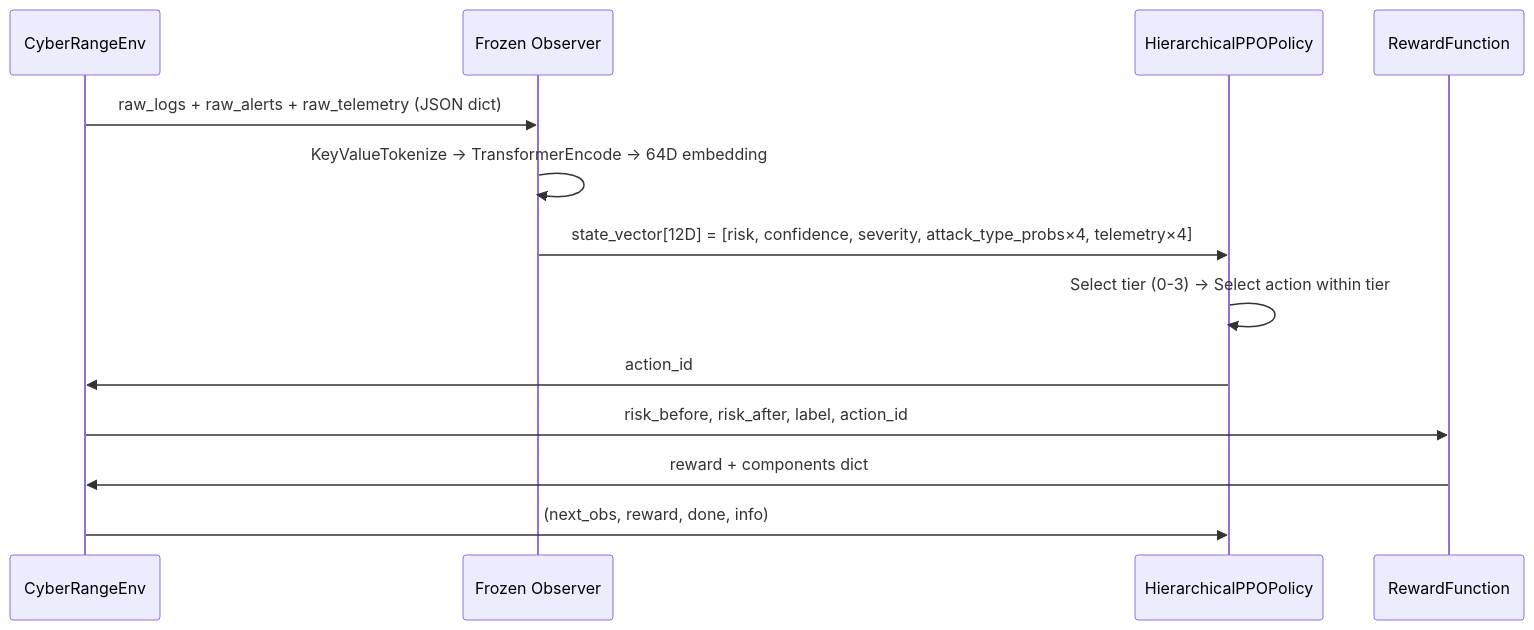
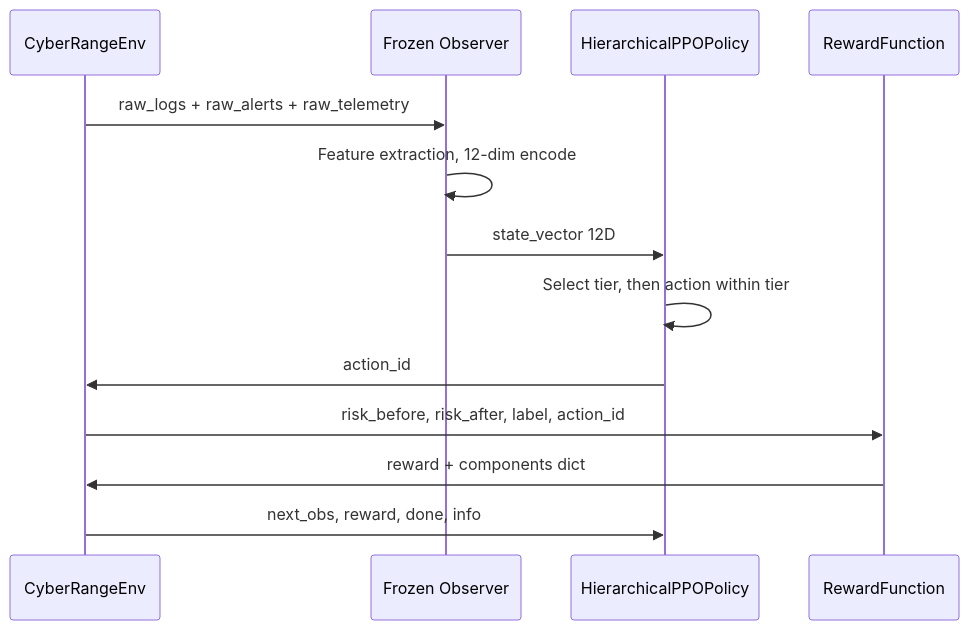
Before and after one commit to didi-09/AI_DRIVEN_SOAR: the second of 15 diagrams in README.md, drawn with Mermaid. The commit also changed other lines of this file, not shown here.

````diff
--- a/README.md
+++ b/README.md
@@ -51,16 +51,16 @@
 ```mermaid
 sequenceDiagram
     participant ENV as CyberRangeEnv
     participant OBS as Frozen Observer
     participant PPO as HierarchicalPPOPolicy
     participant RWD as RewardFunction
 
-    ENV->>OBS: raw_logs + raw_alerts + raw_telemetry (JSON dict)
-    OBS->>OBS: KeyValueTokenize → TransformerEncode → 64D embedding
-    OBS->>PPO: state_vector[12D] = [risk, confidence, severity, attack_type_probs×4, telemetry×4]
-    PPO->>PPO: Select tier (0-3) → Select action within tier
+    ENV->>OBS: raw_logs + raw_alerts + raw_telemetry
+    OBS->>OBS: Feature extraction, 12-dim encode
+    OBS->>PPO: state_vector 12D
+    PPO->>PPO: Select tier, then action within tier
     PPO->>ENV: action_id
     ENV->>RWD: risk_before, risk_after, label, action_id
     RWD->>ENV: reward + components dict
-    ENV->>PPO: (next_obs, reward, done, info)
+    ENV->>PPO: next_obs, reward, done, info
 ```
````
